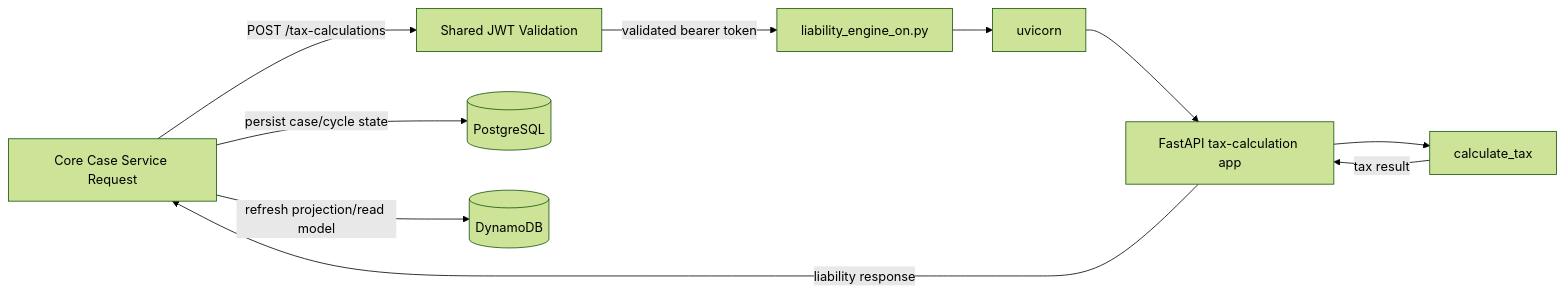
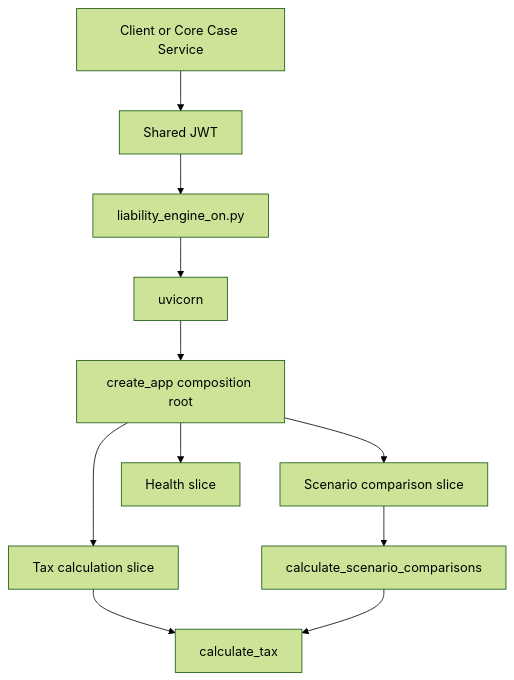
Before and after one commit to Topher05/tax-pulse-project-1: the first of 2 diagrams in adr/0016-fastapi-startup-convention.md, drawn with Mermaid (forest theme). The commit also changed other lines of this file and 3 other files, not shown here.

````diff
--- a/adr/0016-fastapi-startup-convention.md
+++ b/adr/0016-fastapi-startup-convention.md
@@ -60,21 +88,13 @@
 ```mermaid
-flowchart LR
-  Client[Core Case Service Request]
-  JWT[Shared JWT Validation]
-  Launcher[liability_engine_on.py]
-  Uvicorn[uvicorn]
-  API[FastAPI tax-calculation app]
-  Calc[calculate_tax]
-  PG[(PostgreSQL)]
-  DDB[(DynamoDB)]
-
-  Client -->|POST /tax-calculations| JWT
-  JWT -->|validated bearer token| Launcher
-  Launcher --> Uvicorn
-  Uvicorn --> API
-  API --> Calc
-  Calc -->|tax result| API
-  API -->|liability response| Client
-  Client -->|persist case/cycle state| PG
-  Client -->|refresh projection/read model| DDB
+flowchart TB
+  Client[Client or Core Case Service] --> JWT[Shared JWT]
+  JWT --> Launcher[liability_engine_on.py]
+  Launcher --> Uvicorn[uvicorn]
+  Uvicorn --> App[create_app composition root]
+  App --> Tax[Tax calculation slice]
+  App --> Scenario[Scenario comparison slice]
+  App --> Health[Health slice]
+  Tax --> TaxSvc[calculate_tax]
+  Scenario --> CompareSvc[calculate_scenario_comparisons]
+  CompareSvc --> TaxSvc
 ```
````
